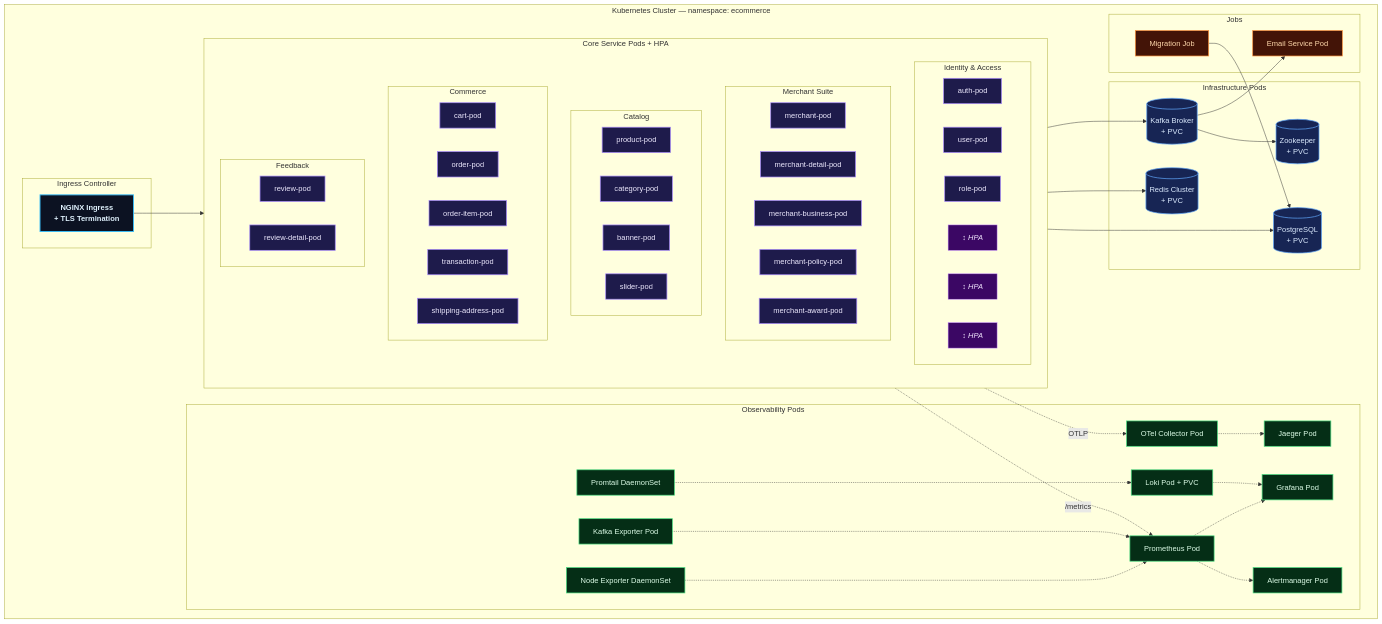
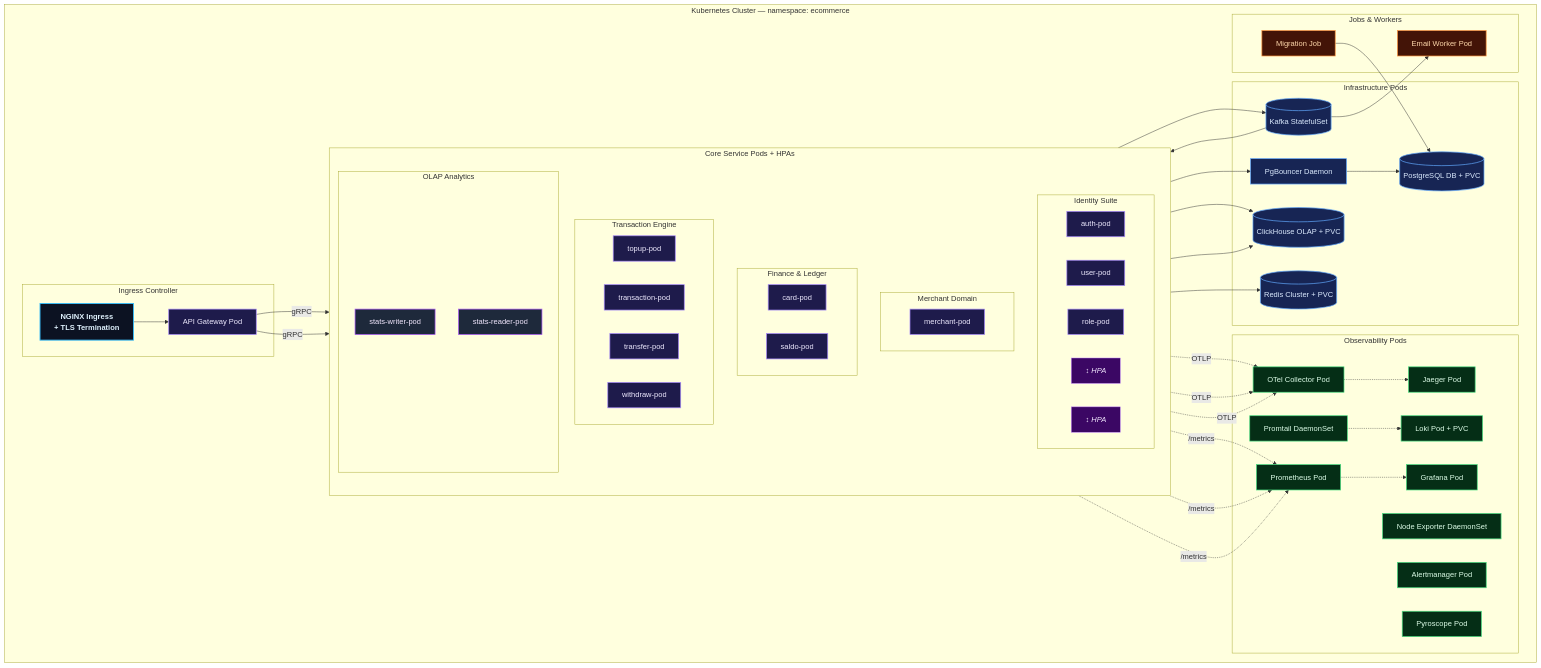
One commit to renaldyhidayatt/renaldyhidayatt.github.io changed the eighth of 8 diagrams in src/content/portfolio/microservice-ecommerce.mdx. Above: the diagram before and after it, drawn with Mermaid. The commit also changed other lines of this file and 19 other files, not shown here.

Commit message:
refactor: overhaul project documentation with detailed architectural summaries and expanded domain-driven service specifications

````diff
--- a/src/content/portfolio/microservice-ecommerce.mdx
+++ b/src/content/portfolio/microservice-ecommerce.mdx
@@ -522,59 +562,54 @@
     classDef infra fill:#172554,stroke:#60a5fa,color:#dbeafe,stroke-width:1.5px
     classDef obs fill:#052e16,stroke:#4ade80,color:#dcfce7,stroke-width:1.5px
     classDef job fill:#431407,stroke:#fb923c,color:#fed7aa,stroke-width:1.5px
+    classDef olap fill:#1e293b,stroke:#a855f7,color:#f3e8ff,stroke-width:1.5px
 
     subgraph K8S["Kubernetes Cluster — namespace: ecommerce"]
 
         subgraph Ingress["Ingress Controller"]
             NGINX["NGINX Ingress<br/>+ TLS Termination"]:::k8s
+            APIGW["API Gateway Pod"]:::pod
         end
 
-        subgraph CorePods["Core Service Pods + HPA"]
+        subgraph CorePods["Core Service Pods + HPAs"]
             direction TB
 
-            subgraph IdentityPods["Identity & Access"]
+            subgraph IdentityPods["Identity Suite"]
                 AUTH["auth-pod"]:::pod
                 USER["user-pod"]:::pod
                 ROLE["role-pod"]:::pod
                 AUTH_HPA["↕ HPA"]:::hpa
                 USER_HPA["↕ HPA"]:::hpa
-                ROLE_HPA["↕ HPA"]:::hpa
             end
 
-            subgraph MerchPods["Merchant Suite"]
+            subgraph MerchPods["Merchant Domain"]
                 MERCH["merchant-pod"]:::pod
-                MDETAIL["merchant-detail-pod"]:::pod
-                MBIZ["merchant-business-pod"]:::pod
-                MPOL["merchant-policy-pod"]:::pod
-                MAWARD["merchant-award-pod"]:::pod
             end
 
-            subgraph CatPods["Catalog"]
-                PROD["product-pod"]:::pod
-                CAT["category-pod"]:::pod
-                BANNER["banner-pod"]:::pod
-                SLIDER["slider-pod"]:::pod
+            subgraph FinancePods["Finance & Ledger"]
+                CARD["card-pod"]:::pod
+                SALDO["saldo-pod"]:::pod
             end
 
-            subgraph CommPods["Commerce"]
-                CART["cart-pod"]:::pod
-                ORDER["order-pod"]:::pod
-                OITEM["order-item-pod"]:::pod
+            subgraph TransPods["Transaction Engine"]
+                TOPUP["topup-pod"]:::pod
                 TXN["transaction-pod"]:::pod
-                SHIP["shipping-address-pod"]:::pod
+                TRANSFER["transfer-pod"]:::pod
+                WITHDRAW["withdraw-pod"]:::pod
             end
 
-            subgraph RevPods["Feedback"]
-                REVIEW["review-pod"]:::pod
-                RDETAIL["review-detail-pod"]:::pod
+            subgraph OLAPPods["OLAP Analytics"]
+                STATS_WRITER["stats-writer-pod"]:::olap
+                STATS_READER["stats-reader-pod"]:::olap
             end
         end
 
         subgraph InfraPods["Infrastructure Pods"]
-            PG[("PostgreSQL<br/>+ PVC")]:::infra
-            REDIS[("Redis Cluster<br/>+ PVC")]:::infra
-            KAFKA[("Kafka Broker<br/>+ PVC")]:::infra
-            ZK[("Zookeeper<br/>+ PVC")]:::infra
+            PG[("PostgreSQL DB + PVC")]:::infra
+            PGB["PgBouncer Daemon"]:::infra
+            REDIS_CLUSTER[("Redis Cluster + PVC")]:::infra
+            KAFKA[("Kafka StatefulSet")]:::infra
+            CLICKHOUSE[("ClickHouse OLAP + PVC")]:::infra
         end
 
         subgraph ObsPods["Observability Pods"]
@@ -585,31 +620,36 @@
             JAEGER["Jaeger Pod"]:::obs
             OTEL["OTel Collector Pod"]:::obs
             NODEX["Node Exporter DaemonSet"]:::obs
-            KAFKAX["Kafka Exporter Pod"]:::obs
             ALERTMGR["Alertmanager Pod"]:::obs
+            PYRO["Pyroscope Pod"]:::obs
         end
 
-        subgraph Jobs["Jobs"]
+        subgraph Jobs["Jobs & Workers"]
             MIGRATE["Migration Job"]:::job
-            EMAIL["Email Service Pod"]:::job
+            EMAIL["Email Worker Pod"]:::job
         end
     end
 
-    NGINX --> CorePods
-    CorePods --> PG
-    CorePods --> REDIS
+    NGINX --> APIGW
+    APIGW -->|"gRPC"| CorePods
+    APIGW -->|"gRPC"| STATS_READER
+    CorePods --> PGB
+    PGB --> PG
+    CorePods --> REDIS_CLUSTER
     CorePods --> KAFKA
-    KAFKA --> ZK
     KAFKA --> EMAIL
+    KAFKA --> STATS_WRITER
+    STATS_WRITER --> CLICKHOUSE
+    STATS_READER --> CLICKHOUSE
 
     CorePods -.->|"/metrics"| PROM
     CorePods -.->|"OTLP"| OTEL
+    STATS_WRITER -.->|"/metrics"| PROM
+    STATS_READER -.->|"/metrics"| PROM
+    STATS_WRITER -.->|"OTLP"| OTEL
+    STATS_READER -.->|"OTLP"| OTEL
     OTEL -.-> JAEGER
     PROMTAIL -.-> LOKI
-    NODEX -.-> PROM
-    KAFKAX -.-> PROM
     PROM -.-> GRAFANA
-    LOKI -.-> GRAFANA
-    PROM -.-> ALERTMGR
     MIGRATE --> PG
 ```
````
